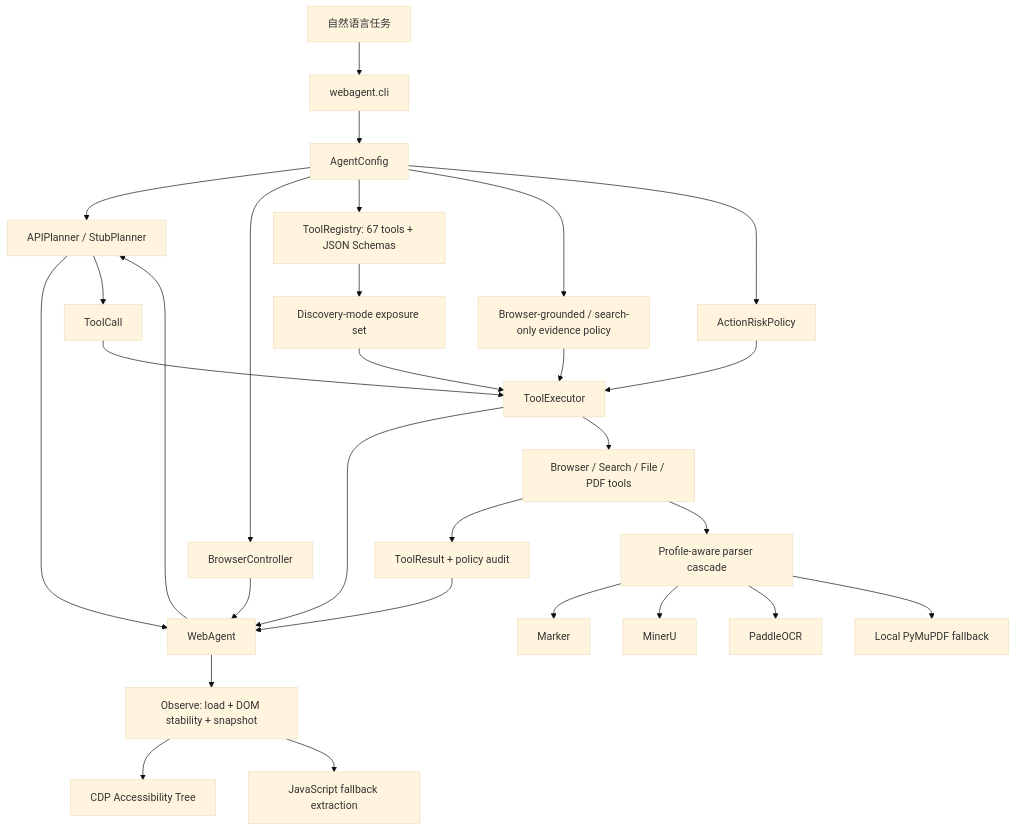
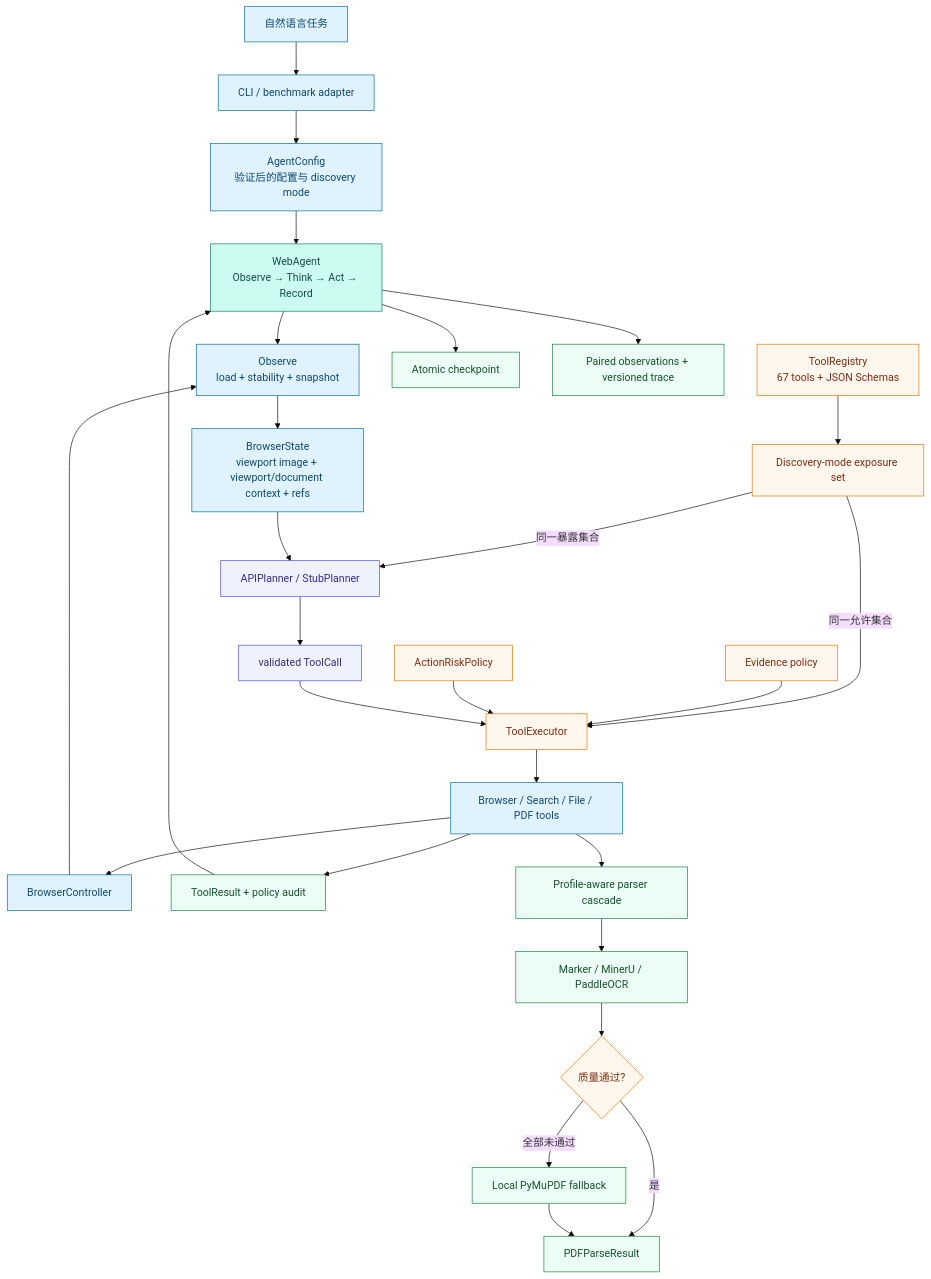
Before and after one commit to lixiuyin/web-agent: the first of 5 diagrams in docs/understanding-zh/02-architecture-and-dataflow.md, drawn with Mermaid (base theme). The commit also changed other lines of this file and 2535 other files, not shown here.

Commit message:
refactor agent and publish reviewed evaluation evidence

````diff
--- a/docs/understanding-zh/02-architecture-and-dataflow.md
+++ b/docs/understanding-zh/02-architecture-and-dataflow.md
@@ -5,31 +5,49 @@
 ```mermaid
 flowchart TB
-    U[自然语言任务] --> CLI[webagent.cli]
-    CLI --> CFG[AgentConfig]
-    CFG --> P[APIPlanner / StubPlanner]
-    CFG --> B[BrowserController]
-    CFG --> R[ToolRegistry: 67 tools + JSON Schemas]
-    R --> X[Discovery-mode exposure set]
-    CFG --> EP[Browser-grounded / search-only evidence policy]
-    CFG --> RP[ActionRiskPolicy]
-    X --> E[ToolExecutor]
+    U["自然语言任务"] --> CLI["CLI / benchmark adapter"]
+    CLI --> CFG["AgentConfig<br/>验证后的配置与 discovery mode"]
+    CFG --> A["WebAgent<br/>Observe → Think → Act → Record"]
+
+    P["APIPlanner / StubPlanner"]
+    B["BrowserController"]
+    R["ToolRegistry<br/>67 tools + JSON Schemas"]
+    EP["Evidence policy"]
+    RISK["ActionRiskPolicy"]
+    R --> X["Discovery-mode exposure set"]
+    X -->|同一暴露集合| P
+    X -->|同一允许集合| E["ToolExecutor"]
     EP --> E
-    RP --> E
-    P --> A[WebAgent]
-    B --> A
-    E --> A
-    A --> O[Observe: load + DOM stability + snapshot]
-    O --> CDP[CDP Accessibility Tree]
-    O --> JS[JavaScript fallback extraction]
-    A --> P
-    P --> TC[ToolCall]
+    RISK --> E
+
+    A --> O["Observe<br/>load + stability + snapshot"]
+    B --> O
+    O --> BS["BrowserState<br/>viewport image + viewport/document context + refs"]
+    BS --> P
+    P --> TC["validated ToolCall"]
     TC --> E
-    E --> BR[Browser / Search / File / PDF tools]
-    BR --> TR[ToolResult + policy audit]
+    E --> BR["Browser / Search / File / PDF tools"]
+    BR --> TR["ToolResult + policy audit"]
     TR --> A
-    BR --> CAS[Profile-aware parser cascade]
-    CAS --> MK[Marker]
-    CAS --> MU[MinerU]
-    CAS --> PD[PaddleOCR]
-    CAS --> LP[Local PyMuPDF fallback]
+    BR --> B
+
+    BR --> CAS["Profile-aware parser cascade"]
+    CAS --> CLOUD["Marker / MinerU / PaddleOCR"]
+    CLOUD --> Q{质量通过?}
+    Q -->|是| DOC["PDFParseResult"]
+    Q -->|全部未通过| LP["Local PyMuPDF fallback"]
+    LP --> DOC
+
+    A --> CP["Atomic checkpoint"]
+    A --> TRACE["Paired observations + versioned trace"]
+
+    classDef entry fill:#E0F2FE,stroke:#0369A1,color:#0C4A6E;
+    classDef core fill:#CCFBF1,stroke:#0F766E,color:#134E4A;
+    classDef planner fill:#EEF2FF,stroke:#4F46E5,color:#312E81;
+    classDef guard fill:#FFF7ED,stroke:#D97706,color:#7C2D12;
+    classDef evidence fill:#ECFDF5,stroke:#15803D,color:#14532D;
+    class U,CLI,CFG,B,O,BS,BR entry;
+    class A core;
+    class P,TC planner;
+    class R,X,EP,RISK,E,Q guard;
+    class TR,CAS,CLOUD,DOC,LP,CP,TRACE evidence;
 ```
````
